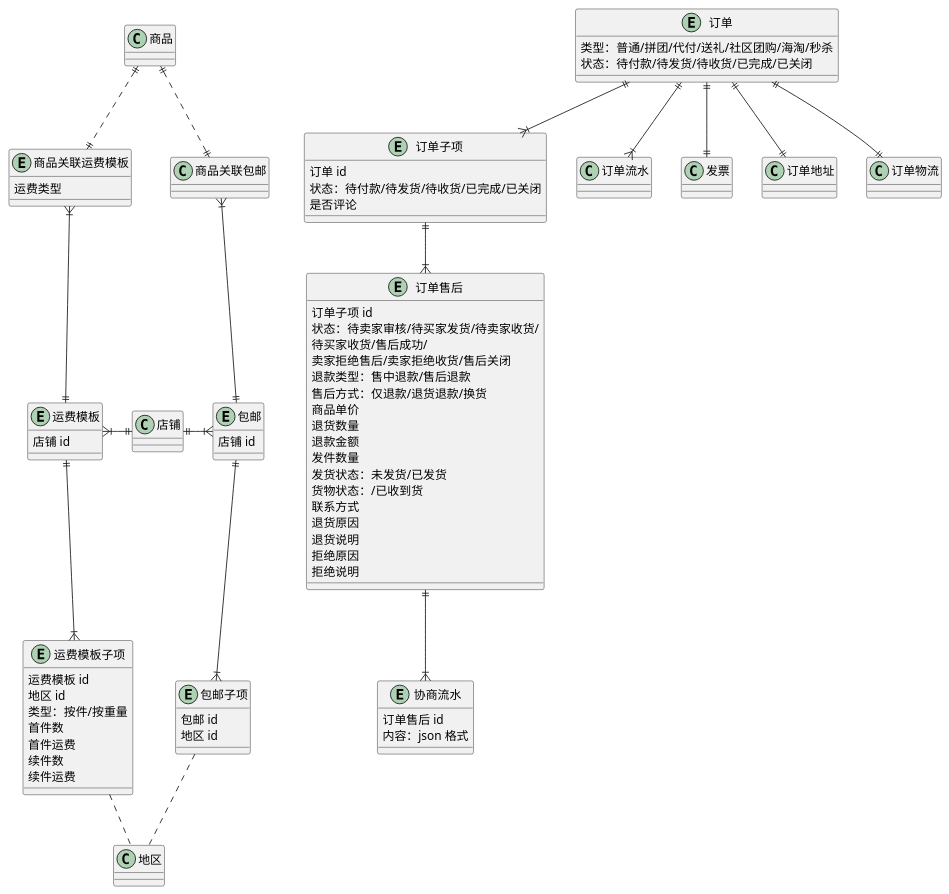
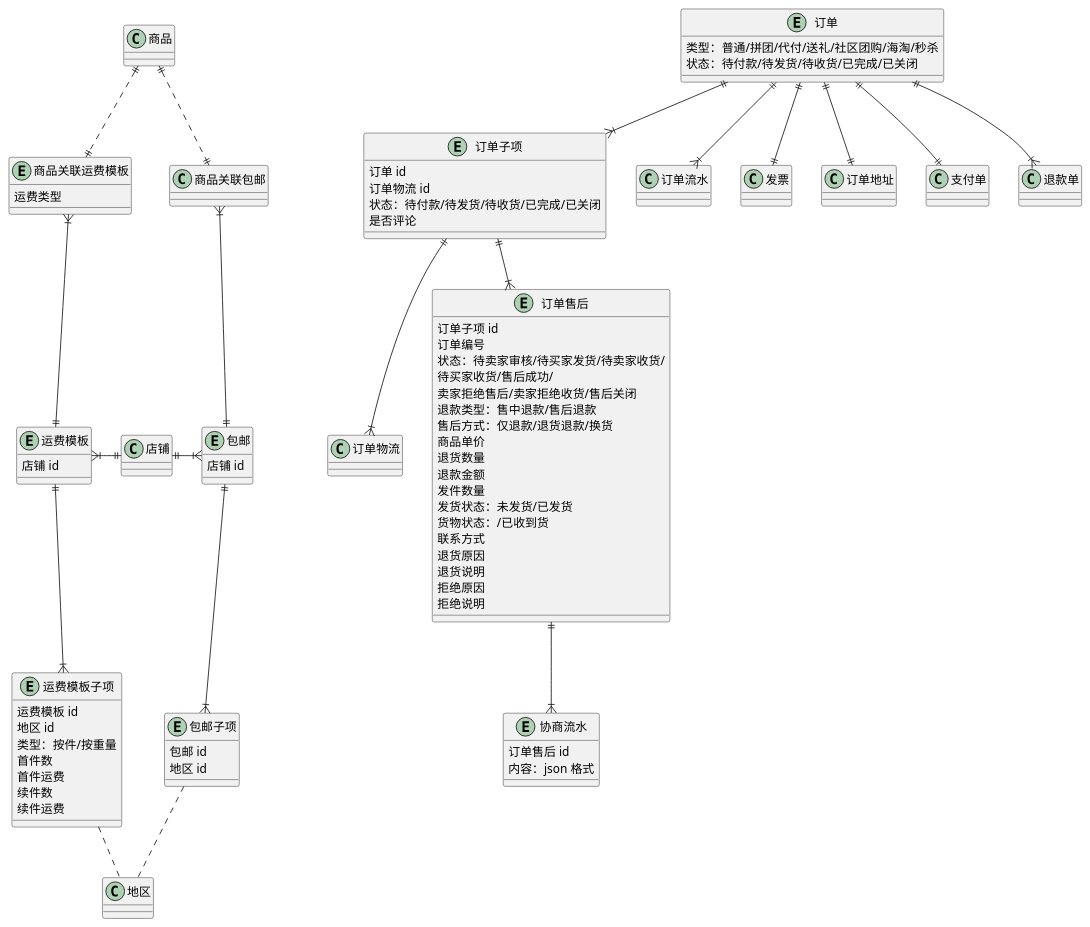
Before and after one commit to awesomecat2020/mock-mall: the diagram in 订单.wsd, drawn with PlantUML.

Commit message:
UML-订单修改

```diff
--- a/订单.wsd
+++ b/订单.wsd
@@ -1,90 +1,94 @@
 @startuml 订单UML
 
 ' ==================== 订单 ====================
 entity 订单 {
     类型：普通/拼团/代付/送礼/社区团购/海淘/秒杀
     状态：待付款/待发货/待收货/已完成/已关闭
 }
 entity 订单子项 {
     订单 id
+    订单物流 id
     状态：待付款/待发货/待收货/已完成/已关闭
     是否评论
 }
 
 订单 ||--|{ 订单子项
 订单 ||--|{ 订单流水
 订单 ||--|| 发票
 订单 ||--|| 订单地址
-订单 ||--|| 订单物流
+订单子项 ||--|{ 订单物流
+订单 ||--|| 支付单
+订单 ||--|{ 退款单
 
 
 ' ==================== 订单售后 ====================
 entity 订单售后 {
     订单子项 id
+    订单编号
     状态：待卖家审核/待买家发货/待卖家收货/
         待买家收货/售后成功/
         卖家拒绝售后/卖家拒绝收货/售后关闭
     退款类型：售中退款/售后退款
     ' 客服介入状态：未介入/介入中/介入结束
     售后方式：仅退款/退货退款/换货
     商品单价
     退货数量
     退款金额
     发件数量
     发货状态：未发货/已发货
     货物状态：/已收到货
     联系方式
     退货原因
     退货说明
     拒绝原因
     拒绝说明
 }
 entity 协商流水 {
     订单售后 id
     内容：json 格式
 }
 
 订单子项 ||--|{ 订单售后
 订单售后 ||--|{ 协商流水
 
 
 ' ==================== 运费模版 ====================
 entity 运费模板 {
     店铺 id
 }
 entity 运费模板子项 {
     运费模板 id
     地区 id
     类型：按件/按重量
     首件数
     首件运费
     续件数
     续件运费
 }
 entity 商品关联运费模板 {
     运费类型
 }
 
 运费模板 ||-u-|{ 商品关联运费模板
 商品关联运费模板 ||.u.|| 商品
 运费模板 }|-r-|| 店铺
 运费模板 ||--|{ 运费模板子项
 运费模板子项 .. 地区
 
 
 ' ==================== 包邮模板 ====================
 entity 包邮 {
     店铺 id
 }
 entity 包邮子项 {
     包邮 id
     地区 id
 }
 
 包邮 ||-u-|{ 商品关联包邮
 商品关联包邮 ||.u.|| 商品
 包邮 }|-l-|| 店铺
 包邮 ||--|{ 包邮子项
 包邮子项 .. 地区
 
 @enduml
```
